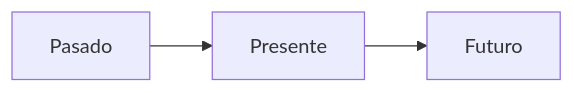
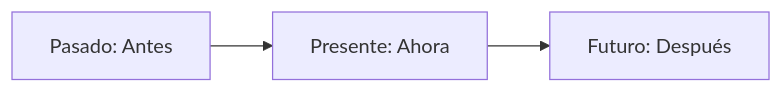
The first of 2 diagrams in docs/2pri/ut07-nuestra-historia/teoria.md (aalvarezg06/Ense-anzaONLINE), drawn with Mermaid before and after one commit. The commit also changed other lines of this file and 2 other files, not shown here.

````diff
--- a/docs/2pri/ut07-nuestra-historia/teoria.md
+++ b/docs/2pri/ut07-nuestra-historia/teoria.md
@@ -17,5 +17,5 @@
 ```mermaid
 graph LR
-    A[Pasado] --> B[Presente]
-    B --> C[Futuro]
+    A[Pasado: Antes] --> B[Presente: Ahora]
+    B --> C[Futuro: Después]
 ```
````
